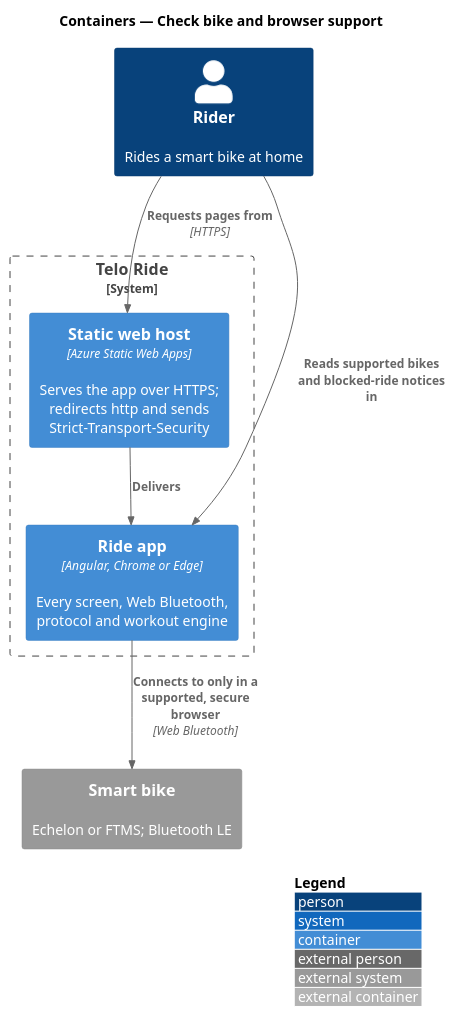
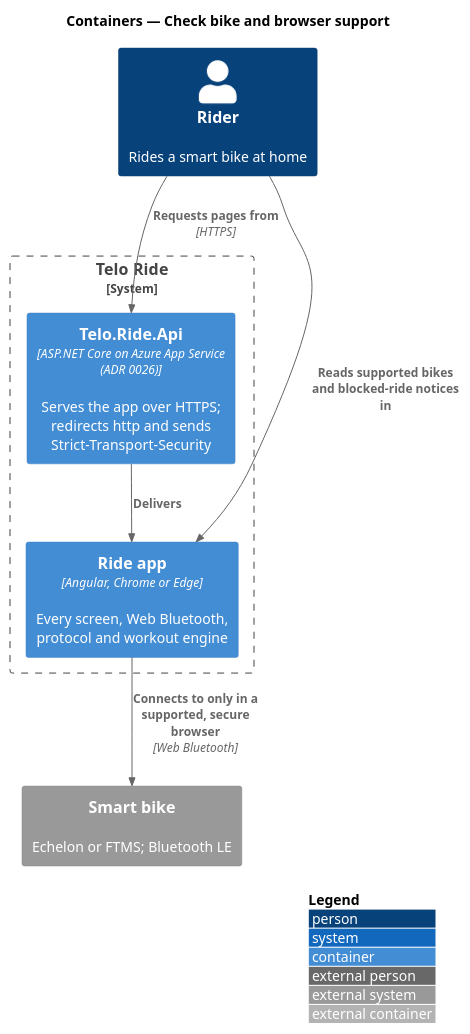
One commit to QuinntyneBrown/ride-one changed the diagram in docs/detailed-designs/bike/check-bike-and-browser-support/diagrams/c4-container.puml. Above: the diagram before and after it, drawn with PlantUML. The commit also changed 17 other files, not shown here.

First line of the commit message:
Align browser support: Connect Bike's needs-https state and the API host

```diff
--- a/docs/detailed-designs/bike/check-bike-and-browser-support/diagrams/c4-container.puml
+++ b/docs/detailed-designs/bike/check-bike-and-browser-support/diagrams/c4-container.puml
@@ -1,15 +1,15 @@
 @startuml
 !include <C4/C4_Container>
 LAYOUT_WITH_LEGEND()
 title Containers — Check bike and browser support
 Person(rider, "Rider", "Rides a smart bike at home")
 System_Ext(bike, "Smart bike", "Echelon or FTMS; Bluetooth LE")
 System_Boundary(telo, "Telo Ride") {
-  Container(host, "Static web host", "Azure Static Web Apps", "Serves the app over HTTPS; redirects http and sends Strict-Transport-Security")
+  Container(host, "Telo.Ride.Api", "ASP.NET Core on Azure App Service (ADR 0026)", "Serves the app over HTTPS; redirects http and sends Strict-Transport-Security")
   Container(app, "Ride app", "Angular, Chrome or Edge", "Every screen, Web Bluetooth, protocol and workout engine")
 }
 Rel(rider, host, "Requests pages from", "HTTPS")
 Rel(host, app, "Delivers")
 Rel(rider, app, "Reads supported bikes and blocked-ride notices in")
 Rel(app, bike, "Connects to only in a supported, secure browser", "Web Bluetooth")
 @enduml
```
